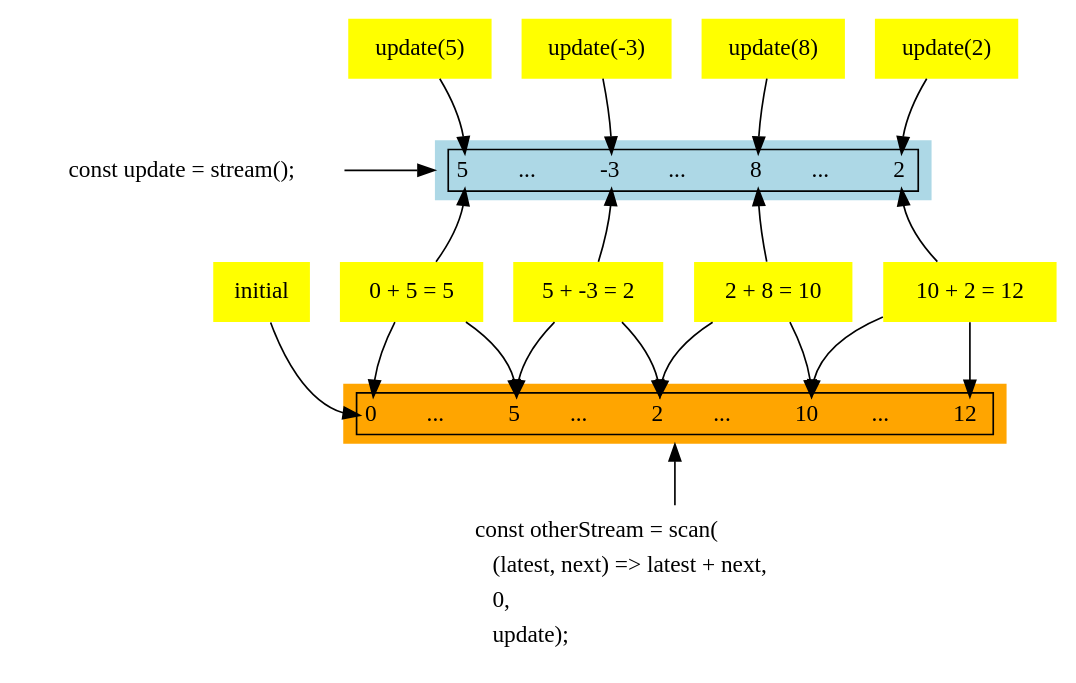
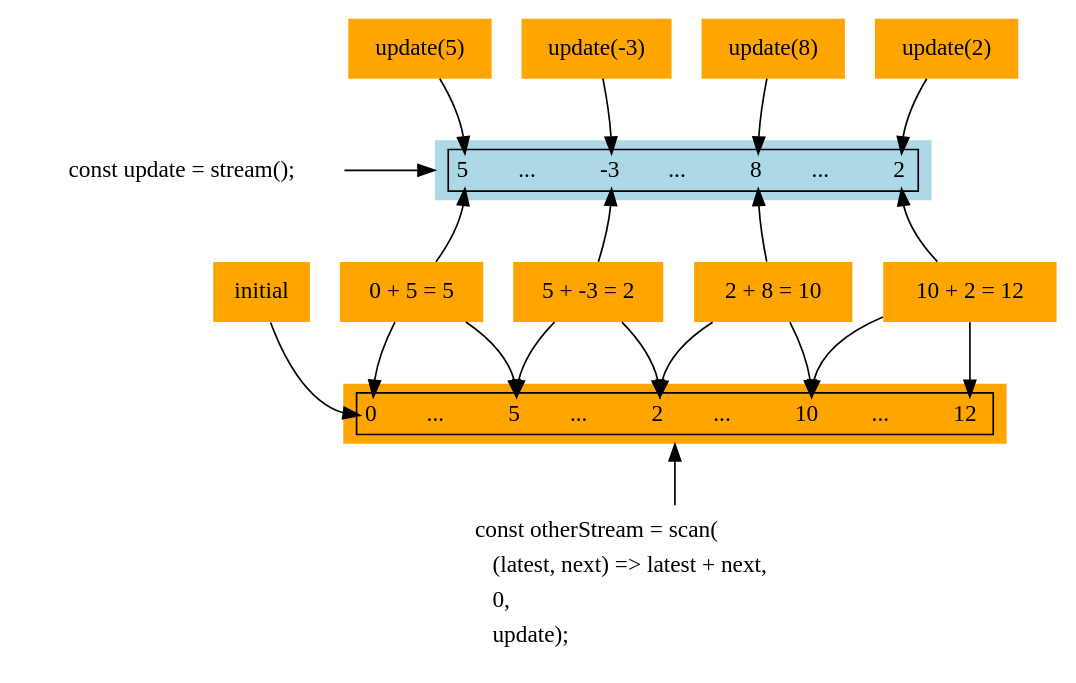
The diagram in docs/images/03-streams-03.dot (foxdonut/meiosis), drawn with Graphviz before and after one commit. The commit also changed 19 other files, not shown here.

```diff
--- a/docs/images/03-streams-03.dot
+++ b/docs/images/03-streams-03.dot
@@ -1,87 +1,87 @@
 digraph meiosisdocs {
   stream [shape="none", label="const update = stream();"]
 
-  updateplus1 [shape="none", style="filled", fillcolor="yellow", label="update(5)"]
-  updateplus3 [shape="none", style="filled", fillcolor="yellow", label="update(-3)"]
-  updateplus4 [shape="none", style="filled", fillcolor="yellow", label="update(8)"]
-  updateplus2 [shape="none", style="filled", fillcolor="yellow", label="update(2)"]
+  updateplus1 [shape="none", style="filled", fillcolor="orange", label="update(5)"]
+  updateplus3 [shape="none", style="filled", fillcolor="orange", label="update(-3)"]
+  updateplus4 [shape="none", style="filled", fillcolor="orange", label="update(8)"]
+  updateplus2 [shape="none", style="filled", fillcolor="orange", label="update(2)"]
 
   thestream [shape="plaintext", style="filled", fillcolor="lightblue", label=<
     <table border="1">
       <tr>
         <td port="plusone" border="0">5</td>
         <td border="0">&nbsp;&nbsp;&nbsp;&nbsp;&nbsp;&nbsp;...&nbsp;&nbsp;&nbsp;&nbsp;&nbsp;</td>
         <td port="plusthree" border="0">-3</td>
         <td border="0">&nbsp;&nbsp;&nbsp;&nbsp;&nbsp;&nbsp;...&nbsp;&nbsp;&nbsp;&nbsp;&nbsp;</td>
         <td port="plusfour" border="0">8</td>
         <td border="0">&nbsp;&nbsp;&nbsp;&nbsp;&nbsp;&nbsp;...&nbsp;&nbsp;&nbsp;&nbsp;&nbsp;</td>
         <td port="plustwo" border="0">2</td>
       </tr>
     </table>
   >]
 
   scan [shape="plaintext", label=<
     <table border="0">
       <tr>
         <td align='left'>const otherStream = scan(</td>
       </tr>
       <tr>
         <td align='left'>    (latest, next) =&gt; latest + next,</td>
       </tr>
       <tr>
         <td align='left'>    0,</td>
       </tr>
       <tr>
         <td align='left'>    update);</td>
       </tr>
     </table>
   >]
 
   thescanstream [shape="plaintext", style="filled", fillcolor="orange", label=<
     <table border="1">
       <tr>
         <td border="0" port="initial">0</td>
         <td border="0">&nbsp;&nbsp;&nbsp;&nbsp;&nbsp;&nbsp;...&nbsp;&nbsp;&nbsp;&nbsp;&nbsp;</td>
         <td border="0" port="one">5</td>
         <td border="0">&nbsp;&nbsp;&nbsp;&nbsp;&nbsp;&nbsp;...&nbsp;&nbsp;&nbsp;&nbsp;&nbsp;</td>
         <td border="0" port="four">2</td>
         <td border="0">&nbsp;&nbsp;&nbsp;&nbsp;&nbsp;&nbsp;...&nbsp;&nbsp;&nbsp;&nbsp;&nbsp;</td>
         <td border="0" port="eight">10</td>
         <td border="0">&nbsp;&nbsp;&nbsp;&nbsp;&nbsp;&nbsp;...&nbsp;&nbsp;&nbsp;&nbsp;&nbsp;</td>
         <td border="0" port="ten">12</td>
       </tr>
     </table>
   >]
 
-  scan0 [shape="none", style="filled", fillcolor="yellow", label="initial"]
-  scan1 [shape="none", style="filled", fillcolor="yellow", label="0 + 5 = 5"]
-  scan2 [shape="none", style="filled", fillcolor="yellow", label="5 + -3 = 2"]
-  scan3 [shape="none", style="filled", fillcolor="yellow", label="2 + 8 = 10"]
-  scan4 [shape="none", style="filled", fillcolor="yellow", label="10 + 2 = 12"]
+  scan0 [shape="none", style="filled", fillcolor="orange", label="initial"]
+  scan1 [shape="none", style="filled", fillcolor="orange", label="0 + 5 = 5"]
+  scan2 [shape="none", style="filled", fillcolor="orange", label="5 + -3 = 2"]
+  scan3 [shape="none", style="filled", fillcolor="orange", label="2 + 8 = 10"]
+  scan4 [shape="none", style="filled", fillcolor="orange", label="10 + 2 = 12"]
 
   updateplus1 -> thestream:plusone
   updateplus3 -> thestream:plusthree
   updateplus4 -> thestream:plusfour
   updateplus2 -> thestream:plustwo
   stream -> thestream [label="        "]
 
   thescanstream -> scan [dir="back"]
 
   scan0 -> thescanstream:initial
   scan1 -> thescanstream:one
   scan2 -> thescanstream:four
   scan3 -> thescanstream:eight
   scan4 -> thescanstream:ten
 
   scan1 -> thescanstream:initial
   scan2 -> thescanstream:one
   scan3 -> thescanstream:four
   scan4 -> thescanstream:eight
 
   thestream:plusone -> scan1 [dir="back"]
   thestream:plusthree -> scan2 [dir="back"]
   thestream:plusfour -> scan3 [dir="back"]
   thestream:plustwo -> scan4 [dir="back"]
 
   {rank="same"; stream thestream}
 }
```
